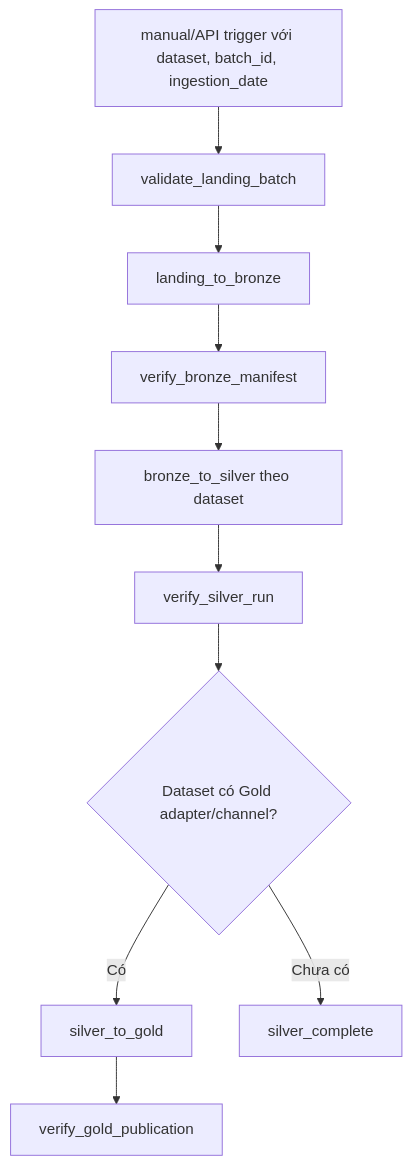
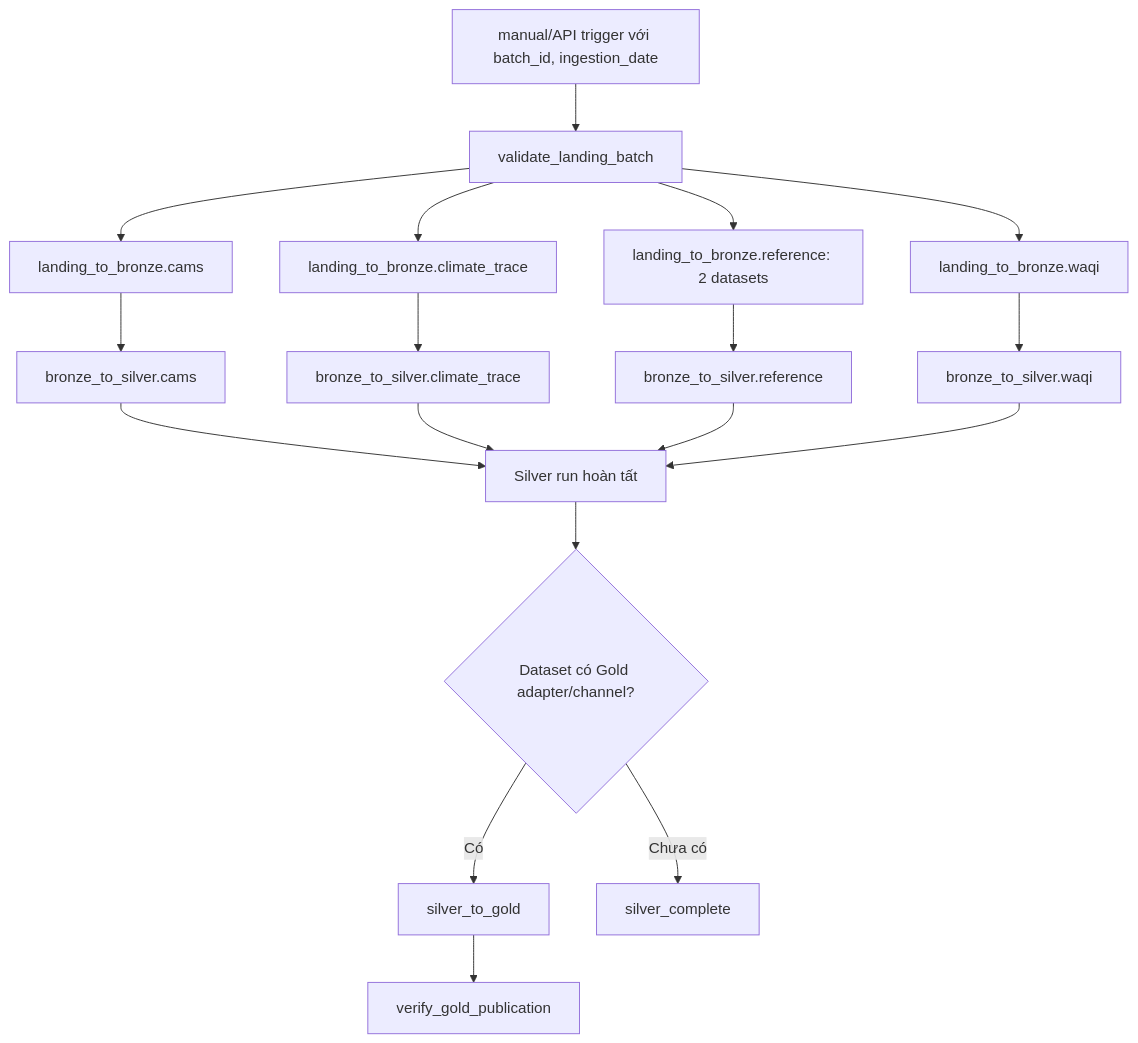
The first of 2 diagrams in docs/airflow/daily-supabase-pipeline.md (trinhnguyen1101/TLCN), drawn with Mermaid before and after one commit. The commit also changed other lines of this file and 12 other files, not shown here.

````diff
--- a/docs/airflow/daily-supabase-pipeline.md
+++ b/docs/airflow/daily-supabase-pipeline.md
@@ -55,12 +55,17 @@
 ```mermaid
 flowchart TD
-  A[manual/API trigger với dataset, batch_id, ingestion_date] --> B[validate_landing_batch]
-  B --> C[landing_to_bronze]
-  C --> D[verify_bronze_manifest]
-  D --> E[bronze_to_silver theo dataset]
-  E --> F[verify_silver_run]
+  A[manual/API trigger với batch_id, ingestion_date] --> B[validate_landing_batch]
+  B --> C1[landing_to_bronze.cams]
+  B --> C2[landing_to_bronze.climate_trace]
+  B --> C3[landing_to_bronze.reference: 2 datasets]
+  B --> C4[landing_to_bronze.waqi]
+  C1 --> E1[bronze_to_silver.cams]
+  C2 --> E2[bronze_to_silver.climate_trace]
+  C3 --> E3[bronze_to_silver.reference]
+  C4 --> E4[bronze_to_silver.waqi]
+  E1 & E2 & E3 & E4 --> F[Silver run hoàn tất]
   F --> G{Dataset có Gold adapter/channel?}
   G -- Có --> H[silver_to_gold]
   G -- Chưa có --> I[silver_complete]
   H --> J[verify_gold_publication]
 ```
````
